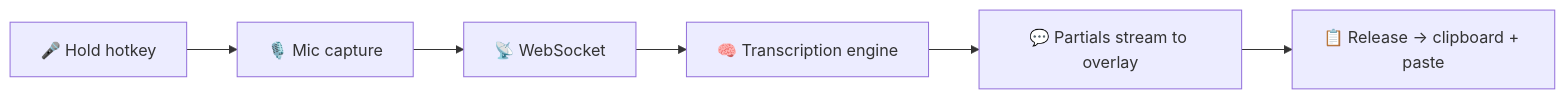
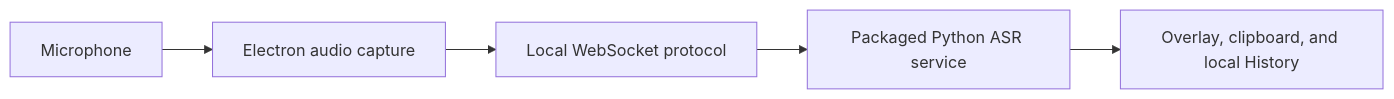
The diagram in README.md (burntcookiedough/eve-windows-dictation), drawn with Mermaid before and after one commit. The commit also changed other lines of this file and 8 other files, not shown here.

````diff
--- a/README.md
+++ b/README.md
@@ -23,8 +22,7 @@
 ```mermaid
-graph LR
-    A["🎤 Hold hotkey"] --> B["🎙️ Mic capture"]
-    B --> C["📡 WebSocket"]
-    C --> D["🧠 Transcription engine"]
-    D --> E["💬 Partials stream to overlay"]
-    E --> F["📋 Release → clipboard + paste"]
+flowchart LR
+    Mic["Microphone"] --> Capture["Electron audio capture"]
+    Capture --> Socket["Local WebSocket protocol"]
+    Socket --> ASR["Packaged Python ASR service"]
+    ASR --> Result["Overlay, clipboard, and local History"]
 ```
````
